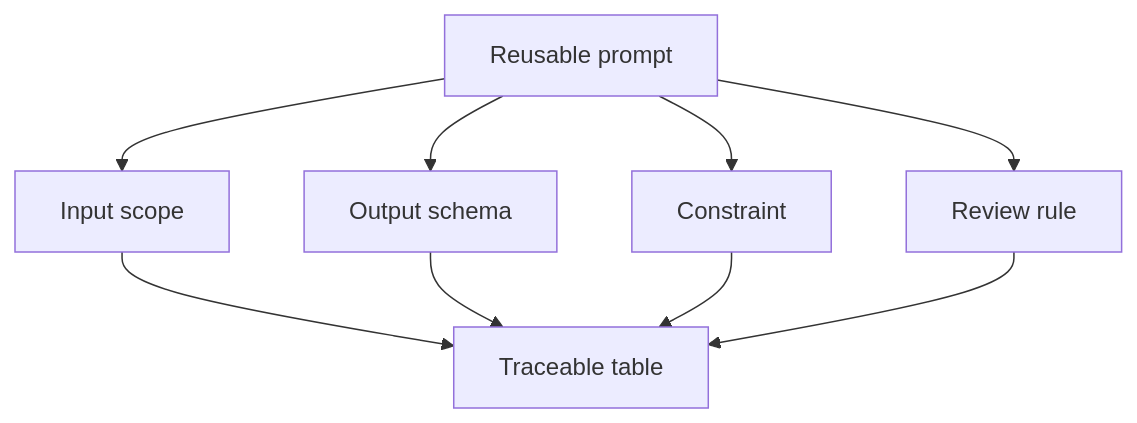
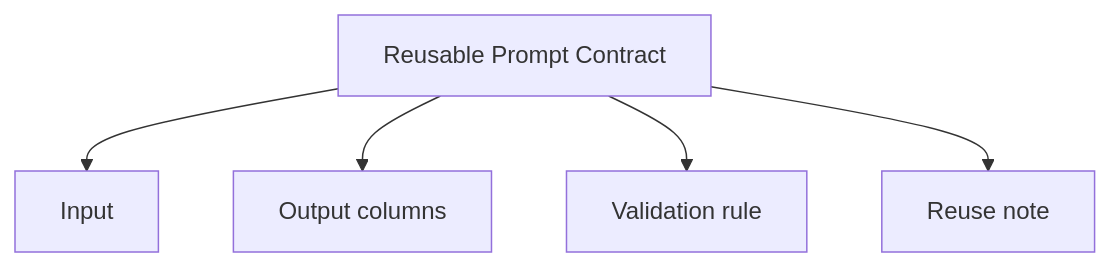
Before and after one commit to anhtnt90dev/ai-for-ba: the second of 2 diagrams in docs/vi/lessons/structured-outputs-and-reusable-prompts/index.md, drawn with Mermaid. The commit also changed other lines of this file and 40 other files, not shown here.

````diff
--- a/docs/vi/lessons/structured-outputs-and-reusable-prompts/index.md
+++ b/docs/vi/lessons/structured-outputs-and-reusable-prompts/index.md
@@ -68,11 +173,8 @@
 ```mermaid
 flowchart TD
-    A["Reusable prompt"] --> B["Input scope"]
-    A --> C["Output schema"]
-    A --> D["Constraint"]
-    A --> E["Review rule"]
-    B --> F["Traceable table"]
-    C --> F
-    D --> F
-    E --> F
+    A["Reusable Prompt Contract"]
+    A --> B["Input"]
+    A --> C["Output columns"]
+    A --> D["Validation rule"]
+    A --> E["Reuse note"]
 ```
````
